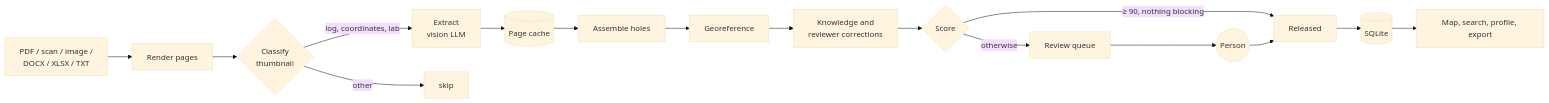
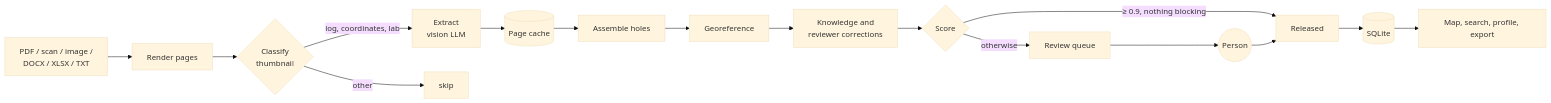
One commit to bababue/SmartAutomation2026 changed the diagram in README.md. Above: the diagram before and after it, drawn with Mermaid (base theme). The commit also changed other lines of this file and 13 other files, not shown here.

````diff
--- a/README.md
+++ b/README.md
@@ -48,12 +61,12 @@
 ```mermaid
 flowchart LR
     A[PDF / scan / image /<br/>DOCX / XLSX / TXT] --> B[Render pages]
     B --> C{Classify<br/>thumbnail}
     C -->|log, coordinates, lab| D[Extract<br/>vision LLM]
     C -->|other| X[skip]
     D --> K[(Page cache)]
     K --> E[Assemble holes] --> G[Georeference] --> H[Knowledge and<br/>reviewer corrections] --> S{Score}
-    S -->|≥ 90, nothing blocking| R[Released]
+    S -->|≥ 0.9, nothing blocking| R[Released]
     S -->|otherwise| Q[Review queue] --> P((Person)) --> R
     R --> DB[(SQLite)] --> UI[Map, search, profile, export]
 ```
````
